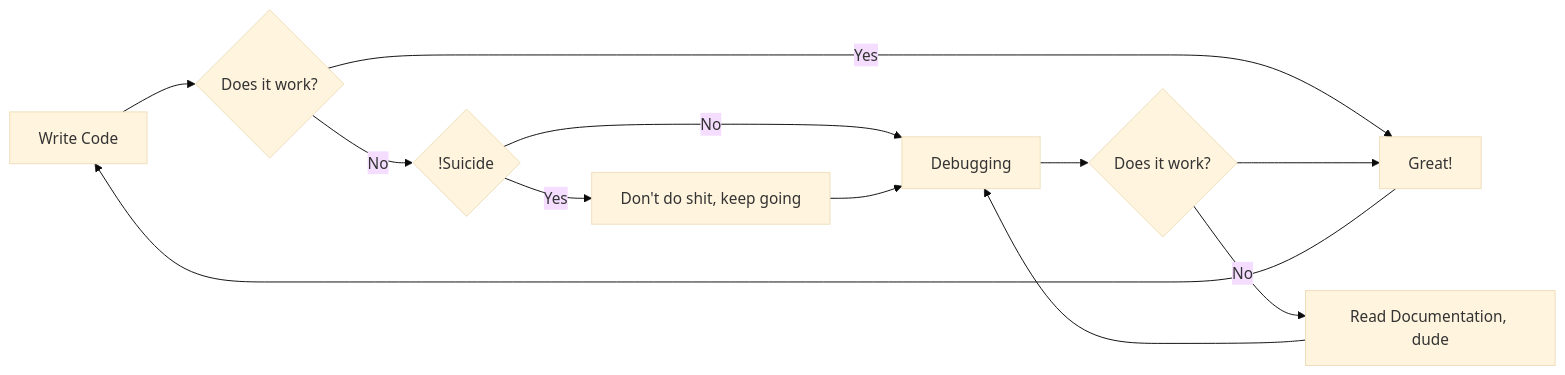
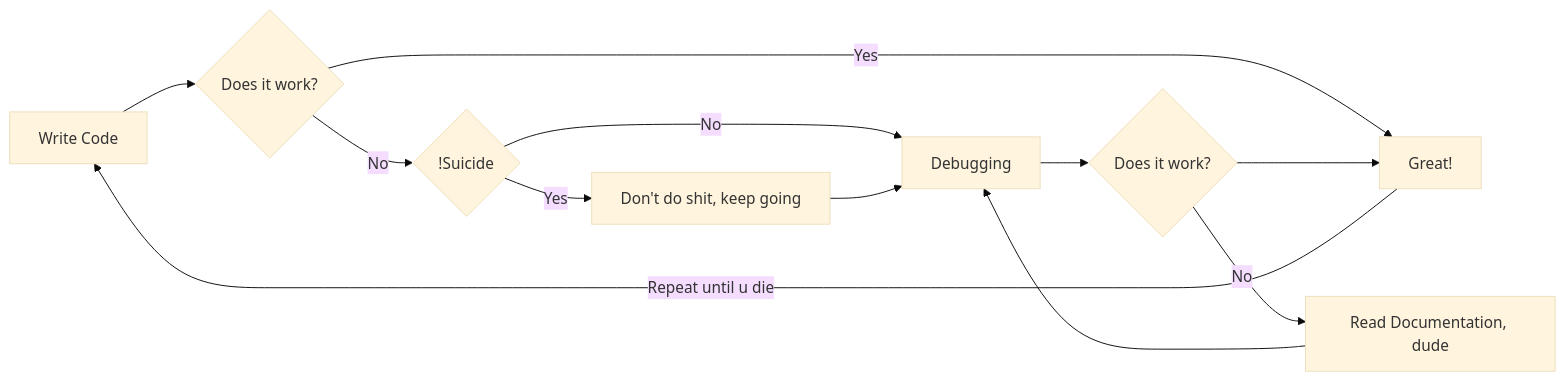
The diagram in README.md (Michkail/LessonCPPnC), drawn with Mermaid (base theme) before and after one commit. The commit also changed 28 other files, not shown here.

````diff
--- a/README.md
+++ b/README.md
@@ -3,12 +3,12 @@
 ```mermaid
 graph LR
     A[Write Code] --> B{Does it work?}
     B -- Yes --> C[Great!]
     B -- No --> D{!Suicide}
-    C --> A
+    C -- Repeat until u die --> A
     D -- No --> E[AWD]
     D -- Yes --> F[Don't do shit, keep going] --> E[Debugging]
     E --> G{Does it work?}
     G -- No --> H[Read Documentation, dude] --> E
     G --> C
 ```
````
